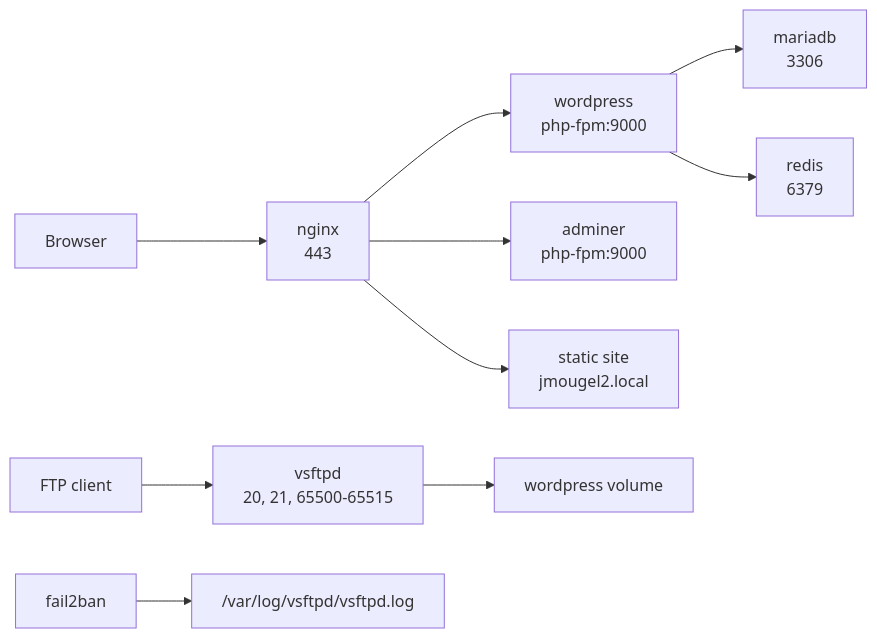
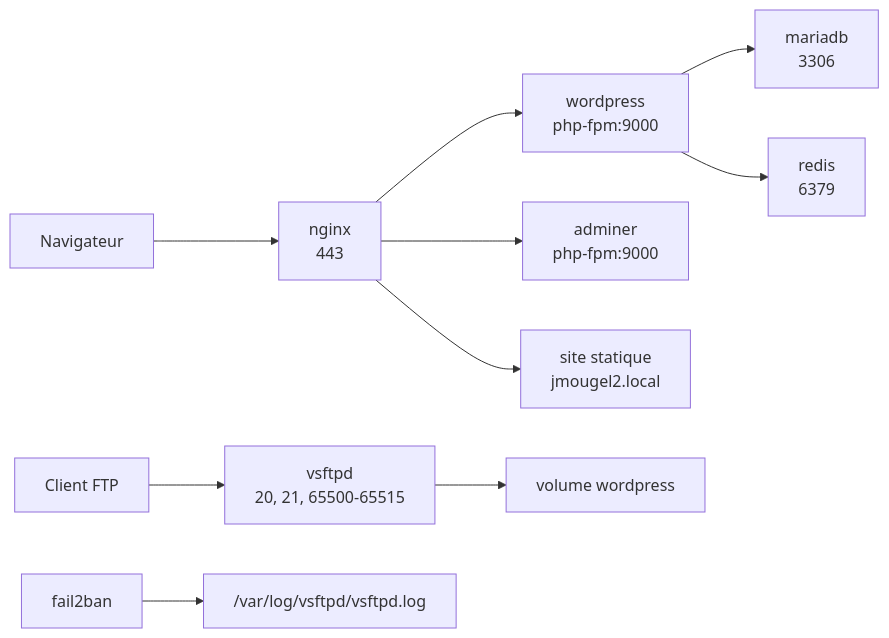
Before and after one commit to jasonmgl/inception: the second of 2 diagrams in README.md, drawn with Mermaid. The commit also changed other lines of this file and 5 other files, not shown here.

````diff
--- a/README.md
+++ b/README.md
@@ -191,12 +193,12 @@
 ```mermaid
 flowchart LR
-    Browser["Browser"] --> Nginx["nginx<br/>443"]
+    Browser["Navigateur"] --> Nginx["nginx<br/>443"]
     Nginx --> WordPress["wordpress<br/>php-fpm:9000"]
     Nginx --> Adminer["adminer<br/>php-fpm:9000"]
-    Nginx --> StaticSite["static site<br/>jmougel2.local"]
+    Nginx --> StaticSite["site statique<br/>jmougel2.local"]
     WordPress --> MariaDB["mariadb<br/>3306"]
     WordPress --> Redis["redis<br/>6379"]
-    FTPClient["FTP client"] --> FTP["vsftpd<br/>20, 21, 65500-65515"]
-    FTP --> WPVolume["wordpress volume"]
+    FTPClient["Client FTP"] --> FTP["vsftpd<br/>20, 21, 65500-65515"]
+    FTP --> WPVolume["volume wordpress"]
     Fail2ban["fail2ban"] --> FTPLogs["/var/log/vsftpd/vsftpd.log"]
 ```
````
